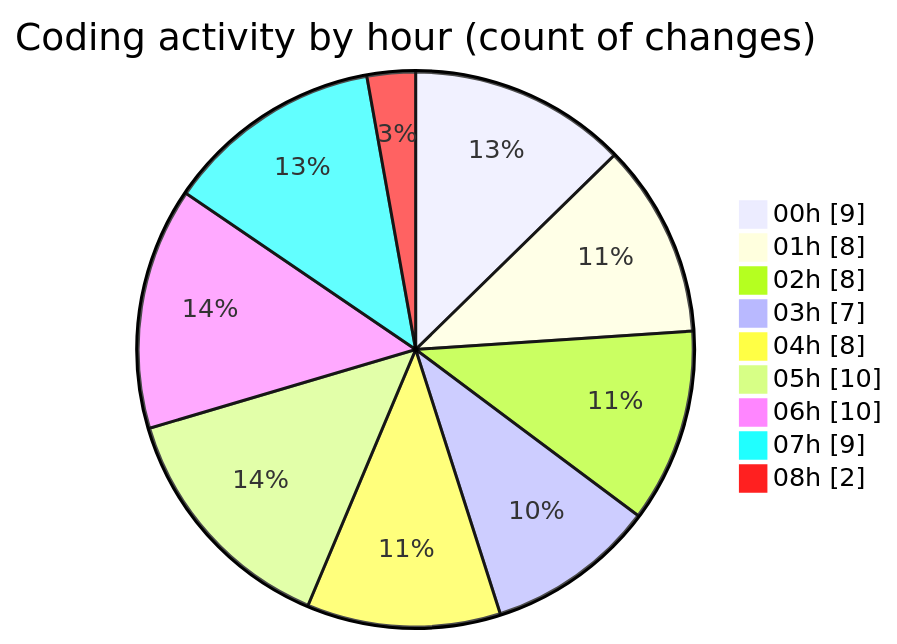
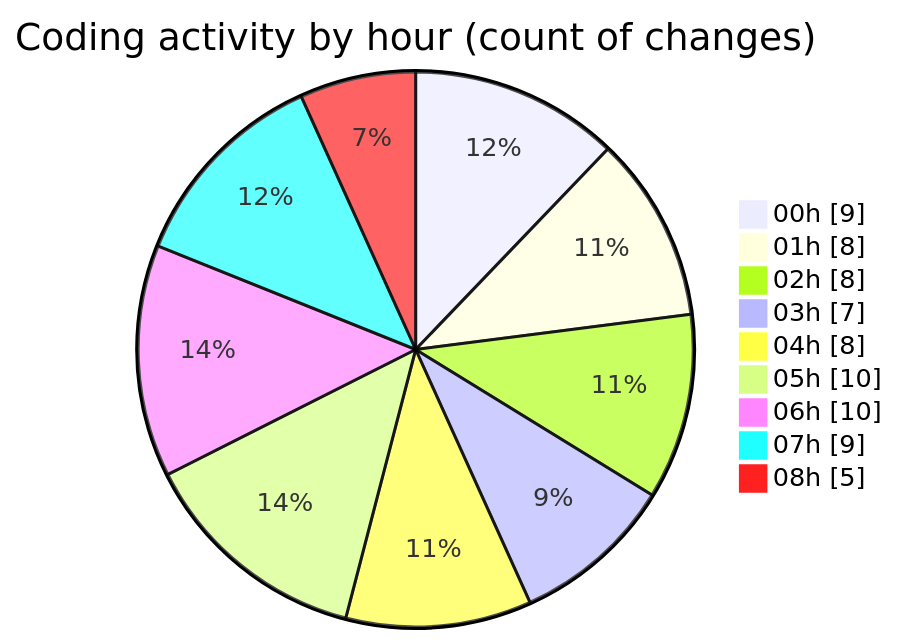
One commit to jrari/code-tracking changed the second of 2 diagrams in 2025-07-14/telebot/README.md. Above: the diagram before and after it, drawn with Mermaid. The commit also changed other lines of this file and 1 other file, not shown here.

````diff
--- a/2025-07-14/telebot/README.md
+++ b/2025-07-14/telebot/README.md
@@ -56,13 +57,13 @@
 ```mermaid
 pie showData
 title Coding activity by hour (count of changes)
 "00h" : 9
 "01h" : 8
 "02h" : 8
 "03h" : 7
 "04h" : 8
 "05h" : 10
 "06h" : 10
 "07h" : 9
-"08h" : 2
+"08h" : 5
 ```
````
